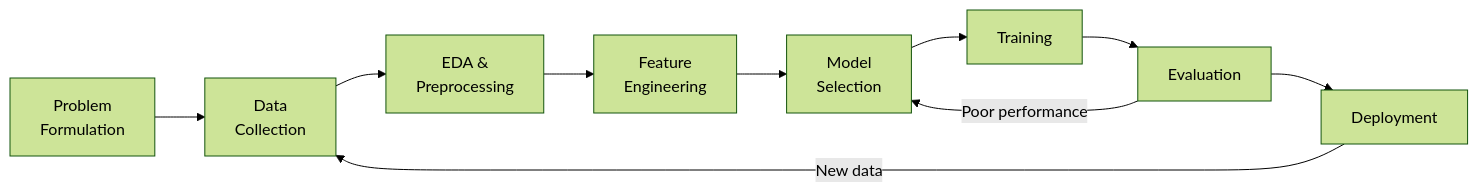
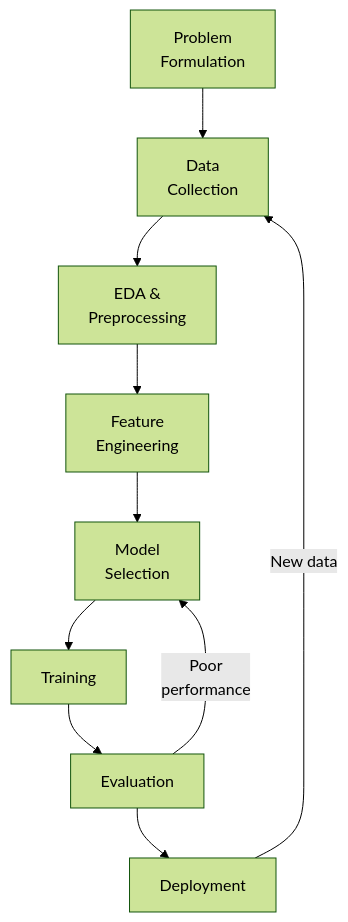
The third of 7 diagrams in 01-Semester-V/CS-321-VSC-P-AI-ML/Unit-2.md (amitdevx/TY), drawn with Mermaid (forest theme) before and after one commit. The commit also changed other lines of this file and 65 other files, not shown here.

Commit message:
fix:graph vertical

````diff
--- a/01-Semester-V/CS-321-VSC-P-AI-ML/Unit-2.md
+++ b/01-Semester-V/CS-321-VSC-P-AI-ML/Unit-2.md
@@ -91,12 +91,12 @@
 ```mermaid
-graph LR
+graph TD
     A[Problem<br>Formulation] --> B[Data<br>Collection]
     B --> C[EDA &<br>Preprocessing]
     C --> D[Feature<br>Engineering]
     D --> E[Model<br>Selection]
     E --> F[Training]
     F --> G[Evaluation]
     G --> H[Deployment]
-    G -->|Poor performance| E
+    G -->|Poor<br/>performance| E
     H -->|New data| B
 ```
````
